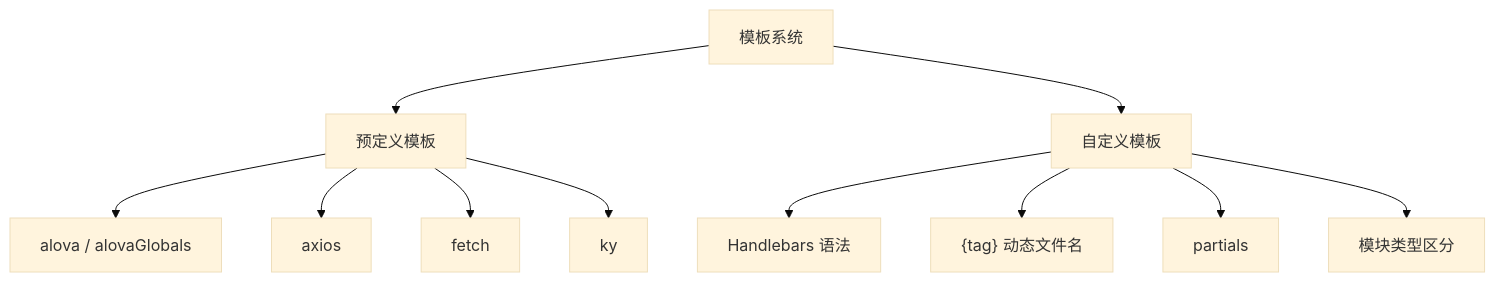
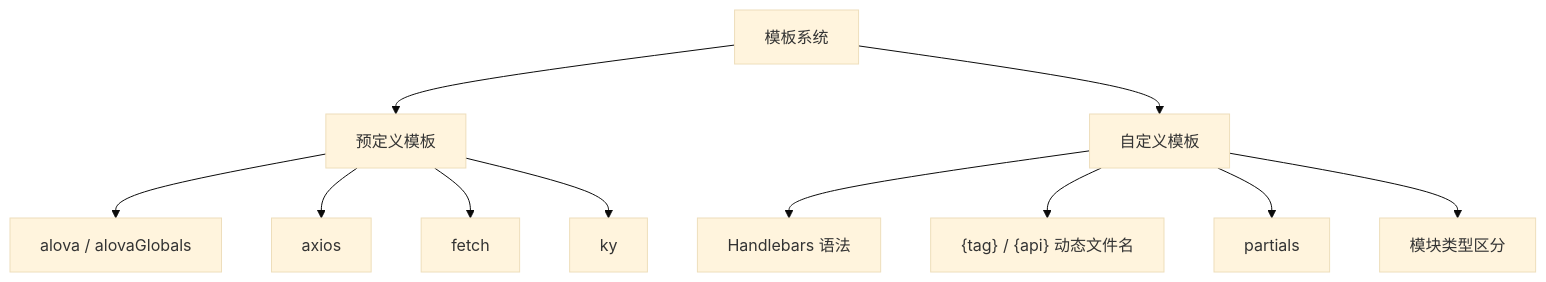
Before and after one commit to alovajs/devtools: the diagram in docs/content/docs/template-system/index.mdx, drawn with Mermaid (base theme). The commit also changed other lines of this file and 45 other files, not shown here.

````diff
--- a/docs/content/docs/template-system/index.mdx
+++ b/docs/content/docs/template-system/index.mdx
@@ -8,13 +8,13 @@
 ```mermaid
 graph TD
     A[模板系统] --> B[预定义模板]
     A --> C[自定义模板]
     B --> D[alova / alovaGlobals]
     B --> E[axios]
     B --> F[fetch]
     B --> G[ky]
     C --> H["Handlebars 语法"]
-    C --> I["{tag} 动态文件名"]
+    C --> I["{tag} / {api} 动态文件名"]
     C --> J[partials]
     C --> K[模块类型区分]
 ```
````
